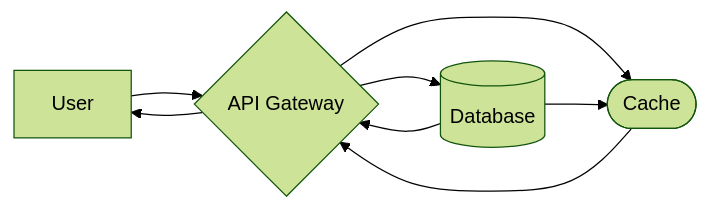
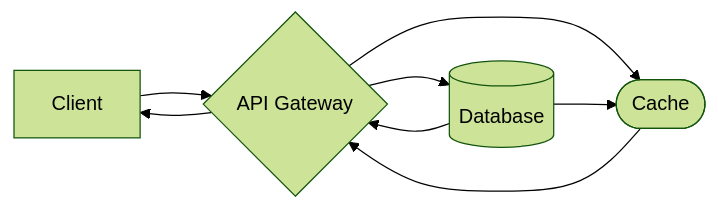
Before and after one commit to thomascedge/bigcat: the diagram in README.md, drawn with Mermaid (forest theme). The commit also changed other lines of this file and 1 other file, not shown here.

````diff
--- a/README.md
+++ b/README.md
@@ -34,15 +43,15 @@
 ```mermaid
 flowchart LR
-	A[User]
+	A[Client]
 	B{API Gateway}
 	C[(Database)]
 	D([Cache])
 	
 	A --> B
     B --> A
 	B --> C
 	B --> D
 	C --> B
 	C --> D
 	D --> B
 ```
````
